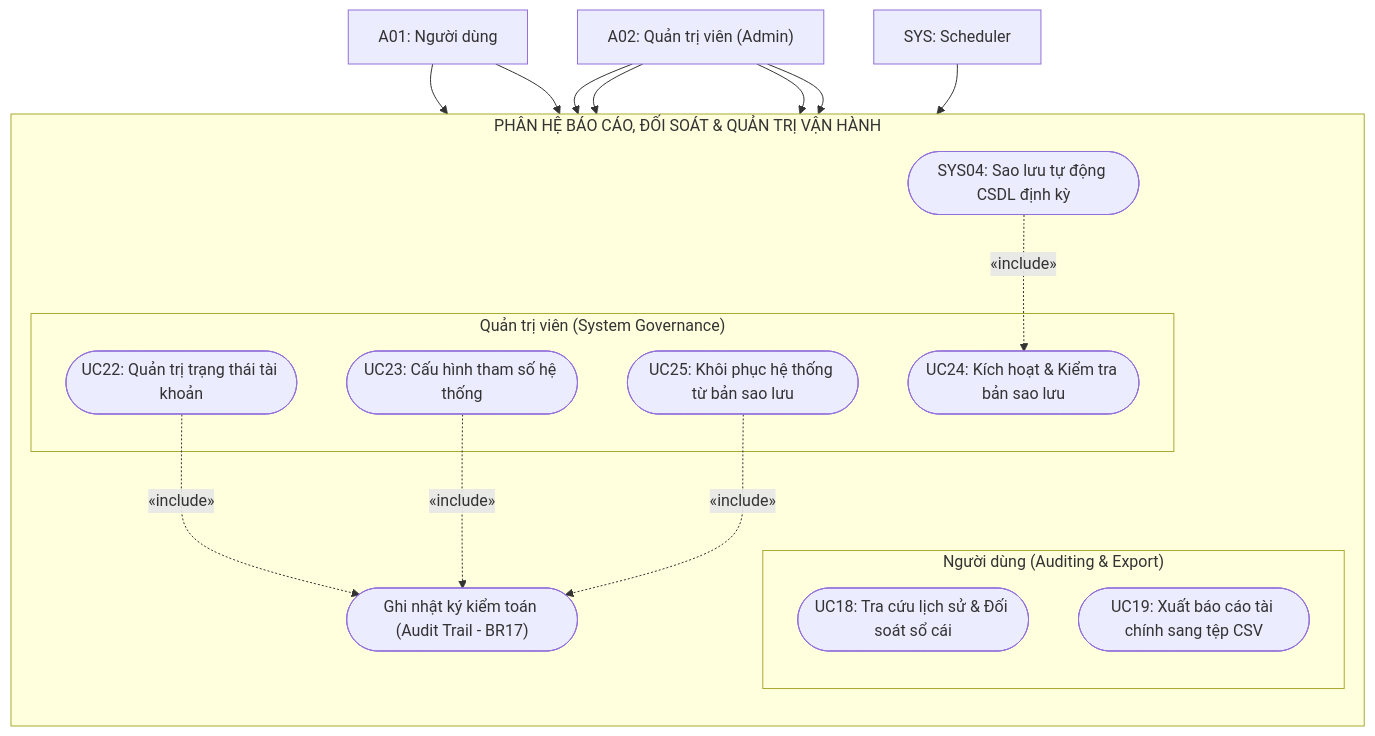
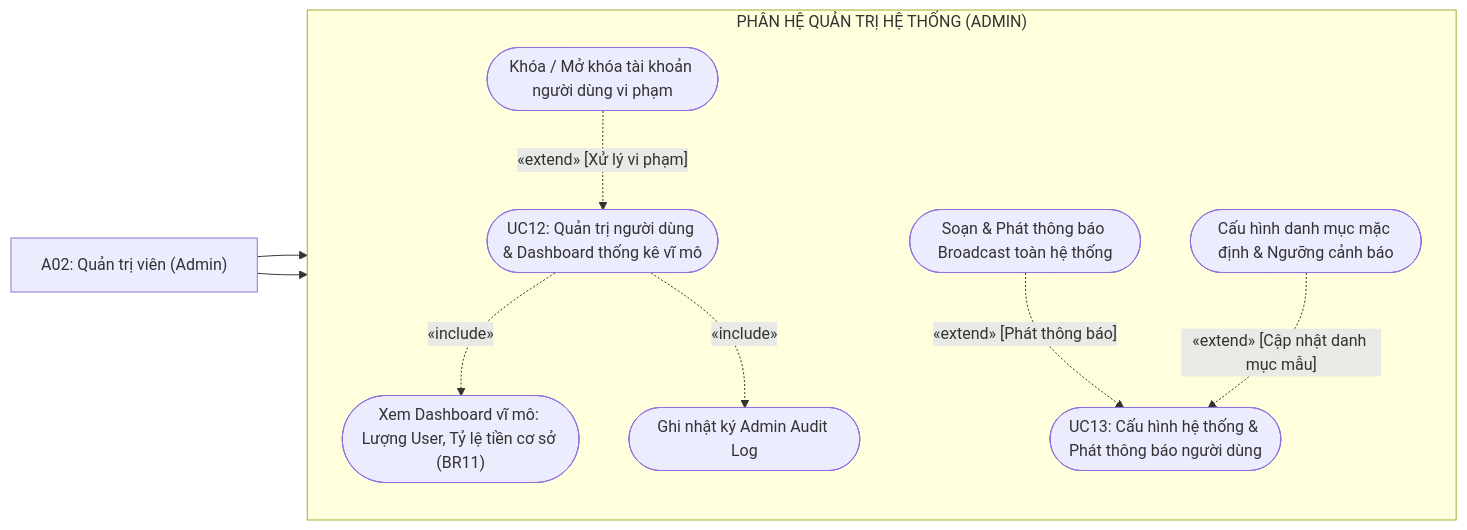
Before and after one commit to huytothevoz/SE---Microfinance-Personal-Wealth-Expense-Tracker: the seventh of 7 diagrams in docs/02_elaboration/uml_modeling/usecase_diagram.md, drawn with Mermaid. The commit also changed other lines of this file and 2 other files, not shown here.

Commit message:
I create the activity diagram, minimized project scope to 13 usecases include 11 usecase for user and 2 usecases for admin

````diff
--- a/docs/02_elaboration/uml_modeling/usecase_diagram.md
+++ b/docs/02_elaboration/uml_modeling/usecase_diagram.md
@@ -348,46 +296,30 @@
 ```mermaid
-flowchart TB
+flowchart LR
     %% Actors
-    User["A01: Người dùng"]
     Admin["A02: Quản trị viên (Admin)"]
-    Scheduler["SYS: Scheduler"]
 
-    subgraph Boundary_Admin["PHÂN HỆ BÁO CÁO, ĐỐI SOÁT & QUẢN TRỊ VẬN HÀNH"]
+    subgraph Boundary_Admin["PHÂN HỆ QUẢN TRỊ HỆ THỐNG (ADMIN)"]
         direction TB
 
-        %% Chức năng Người dùng
-        subgraph User_Auditing["Người dùng (Auditing & Export)"]
-            UC18(["UC18: Tra cứu lịch sử & Đối soát sổ cái"])
-            UC19(["UC19: Xuất báo cáo tài chính sang tệp CSV"])
-        end
+        UC12(["UC12: Quản trị người dùng & Dashboard thống kê vĩ mô"])
+        UC12_Macro(["Xem Dashboard vĩ mô: Lượng User, Tỷ lệ tiền cơ sở (BR11)"])
+        UC12_Lock(["Khóa / Mở khóa tài khoản người dùng vi phạm"])
+        UC12_Audit(["Ghi nhật ký Admin Audit Log"])
 
-        %% Chức năng Quản trị viên
-        subgraph Admin_Ops["Quản trị viên (System Governance)"]
-            UC22(["UC22: Quản trị trạng thái tài khoản"])
-            UC23(["UC23: Cấu hình tham số hệ thống"])
-            UC24(["UC24: Kích hoạt & Kiểm tra bản sao lưu"])
-            UC25(["UC25: Khôi phục hệ thống từ bản sao lưu"])
-        end
-
-        %% Xử lý nền
-        AutoBackup(["SYS04: Sao lưu tự động CSDL định kỳ"])
-        AuditLog(["Ghi nhật ký kiểm toán (Audit Trail - BR17)"])
+        UC13(["UC13: Cấu hình hệ thống & Phát thông báo người dùng"])
+        UC13_Announce(["Soạn & Phát thông báo Broadcast toàn hệ thống"])
+        UC13_Config(["Cấu hình danh mục mặc định & Ngưỡng cảnh báo"])
     end
 
     %% Tương tác
-    User --> UC18
-    User --> UC19
+    Admin --> UC12
+    Admin --> UC13
 
-    Admin --> UC22
-    Admin --> UC23
-    Admin --> UC24
-    Admin --> UC25
+    %% Include / Extend
+    UC12 -.->|"«include»"| UC12_Macro
+    UC12 -.->|"«include»"| UC12_Audit
+    UC12_Lock -.->|"«extend» [Xử lý vi phạm]"| UC12
 
-    Scheduler --> AutoBackup
-
-    %% Quan hệ
-    UC22 -.->|"«include»"| AuditLog
-    UC23 -.->|"«include»"| AuditLog
-    UC25 -.->|"«include»"| AuditLog
-    AutoBackup -.->|"«include»"| UC24
+    UC13_Announce -.->|"«extend» [Phát thông báo]"| UC13
+    UC13_Config -.->|"«extend» [Cập nhật danh mục mẫu]"| UC13
 ```
````
